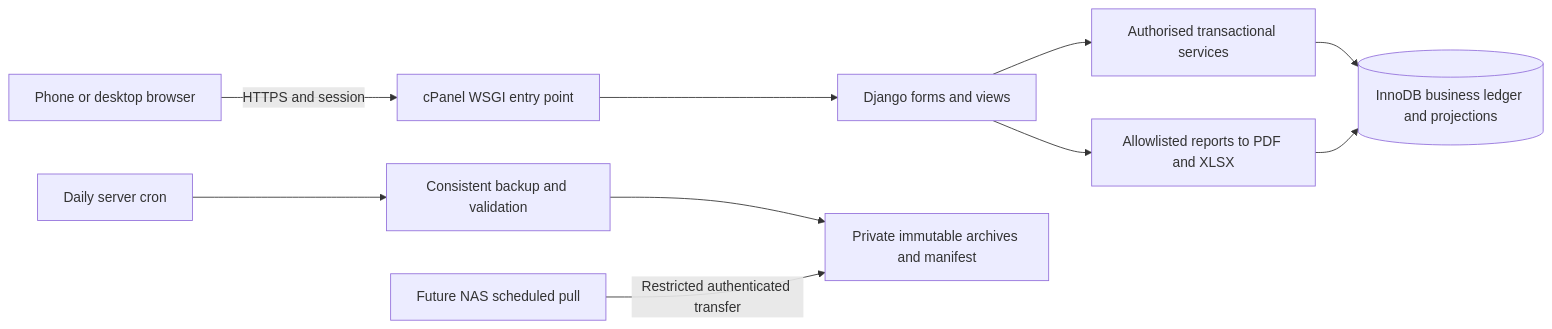
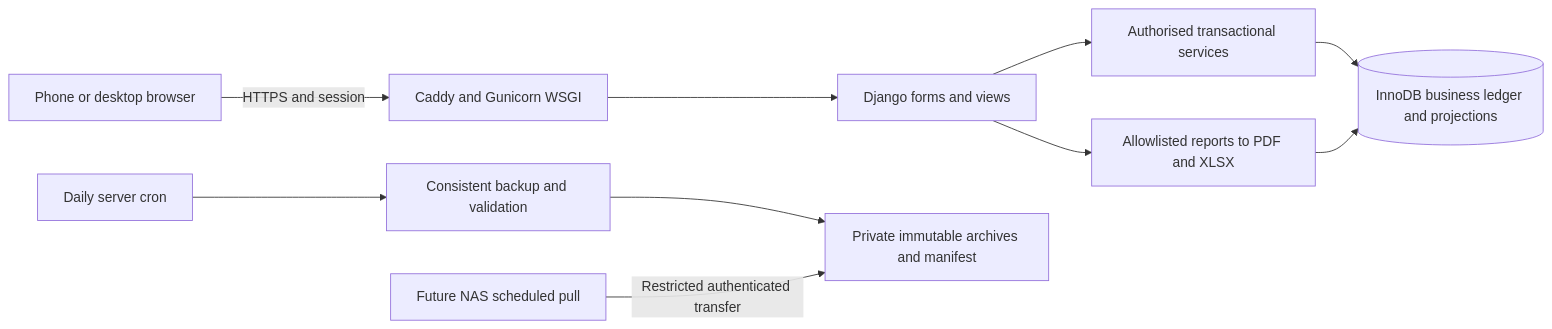
The diagram in docs/rebuild/architecture.md (Mr-Vale/StockLOG), drawn with Mermaid before and after one commit. The commit also changed other lines of this file and 9 other files, not shown here.

````diff
--- a/docs/rebuild/architecture.md
+++ b/docs/rebuild/architecture.md
@@ -19,12 +19,12 @@
 ```mermaid
 flowchart LR
-  B[Phone or desktop browser] -->|HTTPS and session| W[cPanel WSGI entry point]
+  B[Phone or desktop browser] -->|HTTPS and session| W[Caddy and Gunicorn WSGI]
   W --> V[Django forms and views]
   V --> S[Authorised transactional services]
   S --> D[(InnoDB business ledger and projections)]
   V --> R[Allowlisted reports to PDF and XLSX]
   R --> D
   C[Daily server cron] --> K[Consistent backup and validation]
   K --> A[Private immutable archives and manifest]
   N[Future NAS scheduled pull] -->|Restricted authenticated transfer| A
 ```
````
